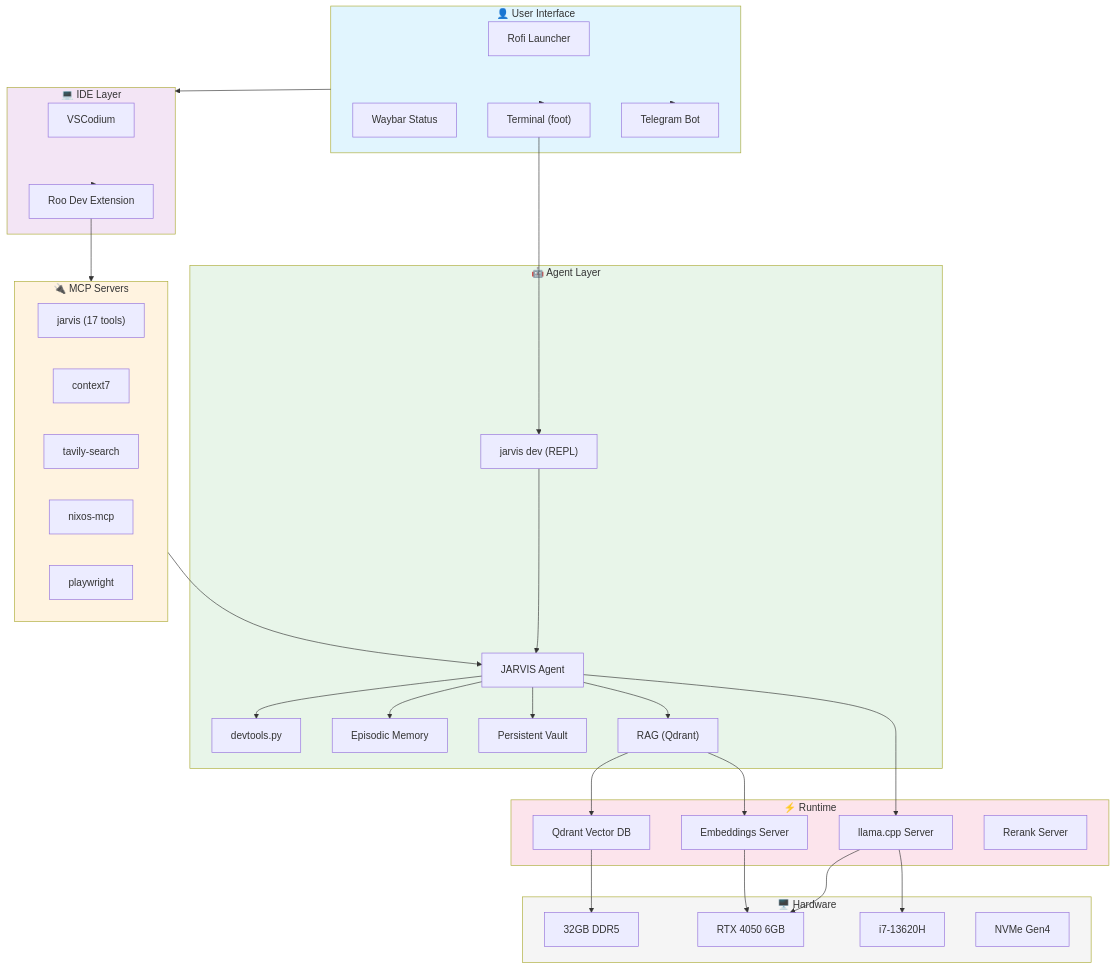
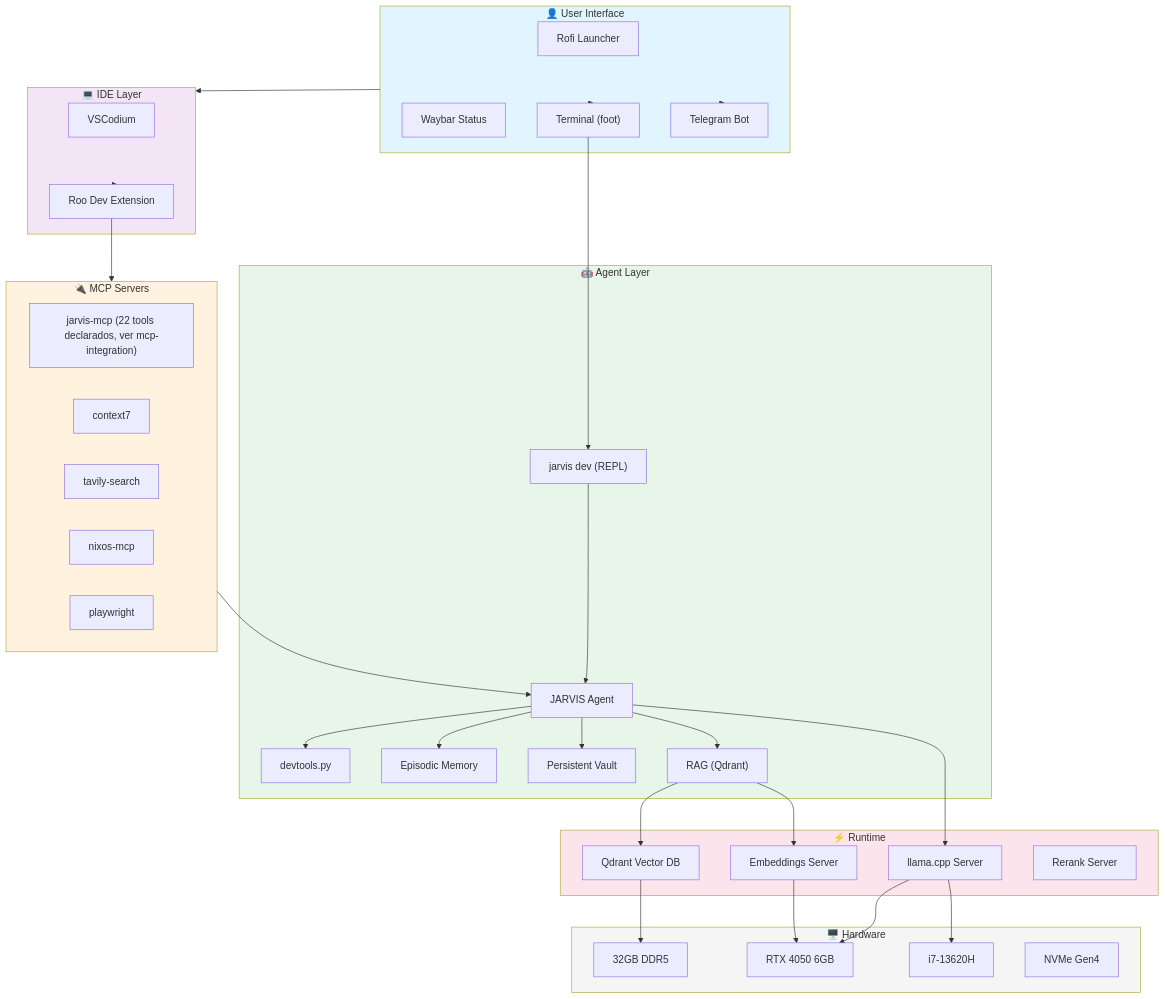
One commit to Kuchiriel/nixos-ai changed the first of 4 diagrams in docs/architecture/system-overview.md. Above: the diagram before and after it, drawn with Mermaid. The commit also changed other lines of this file and 18 other files, not shown here.

````diff
--- a/docs/architecture/system-overview.md
+++ b/docs/architecture/system-overview.md
@@ -7,72 +7,72 @@
 ```mermaid
 flowchart TB
     subgraph User["👤 User Interface"]
         Rofi["Rofi Launcher"]
         Waybar["Waybar Status"]
         Terminal["Terminal (foot)"]
         Telegram["Telegram Bot"]
     end
 
     subgraph IDE["💻 IDE Layer"]
         VSCodium["VSCodium"]
         RooDev["Roo Dev Extension"]
     end
 
     subgraph MCP["🔌 MCP Servers"]
-        JarvisMCP["jarvis (17 tools)"]
+        JarvisMCP["jarvis-mcp (22 tools declarados, ver mcp-integration)"]
         Context7["context7"]
         Tavily["tavily-search"]
         NixOS["nixos-mcp"]
         Playwright["playwright"]
     end
 
     subgraph Agent["🤖 Agent Layer"]
         JARVIS["JARVIS Agent"]
         REPL["jarvis dev (REPL)"]
         DevTools["devtools.py"]
         Memory["Episodic Memory"]
         Vault["Persistent Vault"]
         RAG["RAG (Qdrant)"]
     end
 
     subgraph Runtime["⚡ Runtime"]
         LLaMA["llama.cpp Server"]
         Qdrant["Qdrant Vector DB"]
         Embed["Embeddings Server"]
         Rerank["Rerank Server"]
     end
 
     subgraph Hardware["🖥️ Hardware"]
         GPU["RTX 4050 6GB"]
         CPU["i7-13620H"]
         RAM["32GB DDR5"]
         SSD["NVMe Gen4"]
     end
 
     User --> IDE
     User --> Terminal
     User --> Telegram
     IDE --> RooDev
     RooDev --> MCP
     Terminal --> REPL
     REPL --> JARVIS
     JARVIS --> DevTools
     JARVIS --> Memory
     JARVIS --> Vault
     JARVIS --> RAG
     MCP --> JARVIS
     JARVIS --> LLaMA
     RAG --> Qdrant
     RAG --> Embed
     LLaMA --> GPU
     LLaMA --> CPU
     Qdrant --> RAM
     Embed --> GPU
 
     style User fill:#e1f5fe
     style IDE fill:#f3e5f5
     style MCP fill:#fff3e0
     style Agent fill:#e8f5e9
     style Runtime fill:#fce4ec
     style Hardware fill:#f5f5f5
 ```
````
